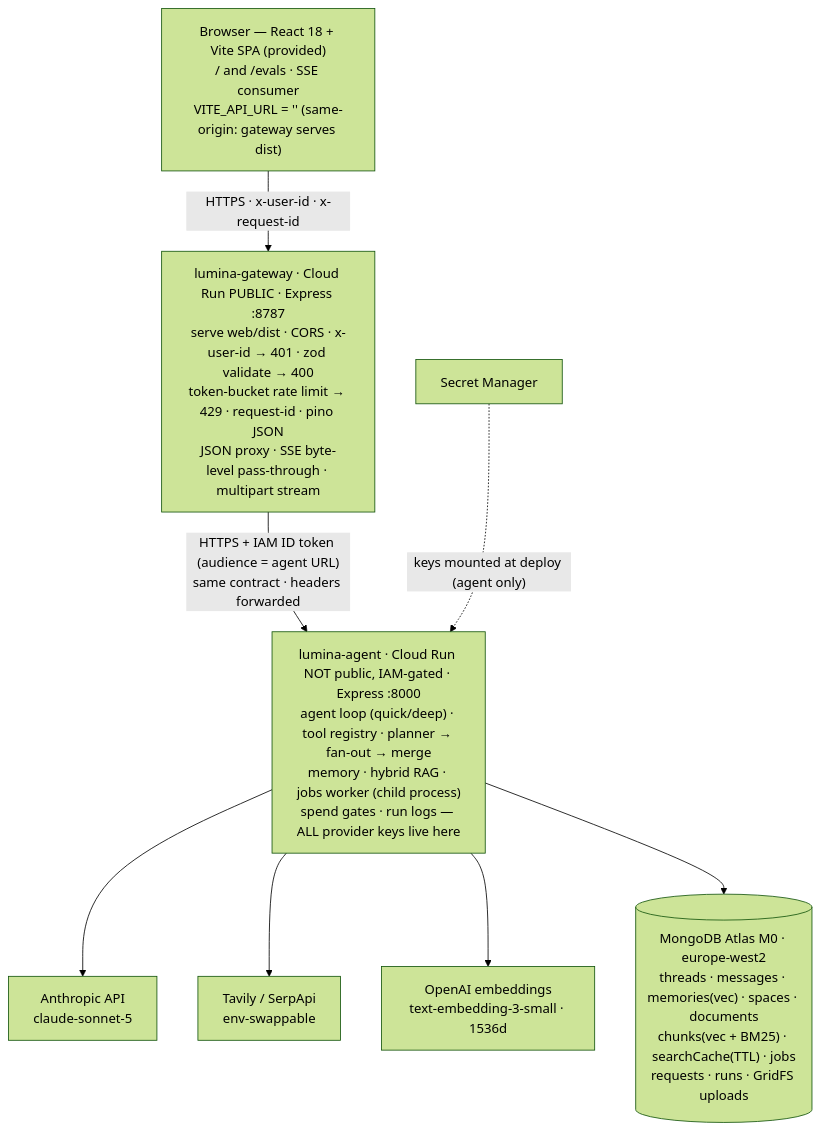
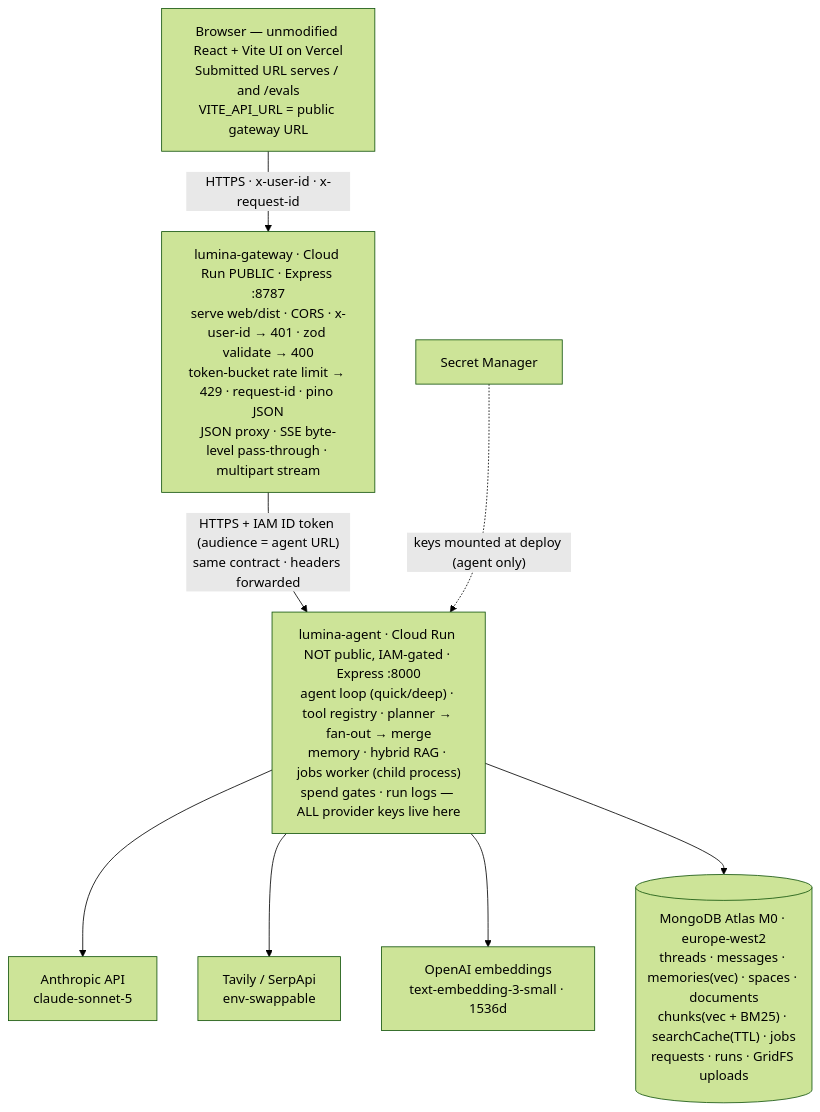
One commit to Bhardwaj-Saurabh/LUMINA changed the first of 9 diagrams in ARCHITECTURE.md. Above: the diagram before and after it, drawn with Mermaid (forest theme). The commit also changed other lines of this file and 1 other file, not shown here.

Commit message:
Harden architecture doc after review: Vercel-submitted UI, durable admission/finalization, evidence workflow; sync CLAUDE.md

````diff
--- a/ARCHITECTURE.md
+++ b/ARCHITECTURE.md
@@ -22,22 +28,22 @@
 ```mermaid
 flowchart TB
-    B["Browser — React 18 + Vite SPA (provided)<br/>/ and /evals · SSE consumer<br/>VITE_API_URL = '' (same-origin: gateway serves dist)"]
+   B["Browser — unmodified React + Vite UI on Vercel<br/>Submitted URL serves / and /evals<br/>VITE_API_URL = public gateway URL"]
 
     GW["lumina-gateway · Cloud Run PUBLIC · Express :8787<br/>serve web/dist · CORS · x-user-id → 401 · zod validate → 400<br/>token-bucket rate limit → 429 · request-id · pino JSON<br/>JSON proxy · SSE byte-level pass-through · multipart stream"]
 
     AG["lumina-agent · Cloud Run NOT public, IAM-gated · Express :8000<br/>agent loop (quick/deep) · tool registry · planner → fan-out → merge<br/>memory · hybrid RAG · jobs worker (child process)<br/>spend gates · run logs — ALL provider keys live here"]
 
     LLM["Anthropic API<br/>claude-sonnet-5"]
     SRCH["Tavily / SerpApi<br/>env-swappable"]
     EMB["OpenAI embeddings<br/>text-embedding-3-small · 1536d"]
     DB[("MongoDB Atlas M0 · europe-west2<br/>threads · messages · memories(vec) · spaces · documents<br/>chunks(vec + BM25) · searchCache(TTL) · jobs<br/>requests · runs · GridFS uploads")]
     SM["Secret Manager"]
 
     B -- "HTTPS · x-user-id · x-request-id" --> GW
     GW -- "HTTPS + IAM ID token (audience = agent URL)<br/>same contract · headers forwarded" --> AG
     AG --> LLM
     AG --> SRCH
     AG --> EMB
     AG --> DB
     SM -. "keys mounted at deploy (agent only)" .-> AG
 ```
````
